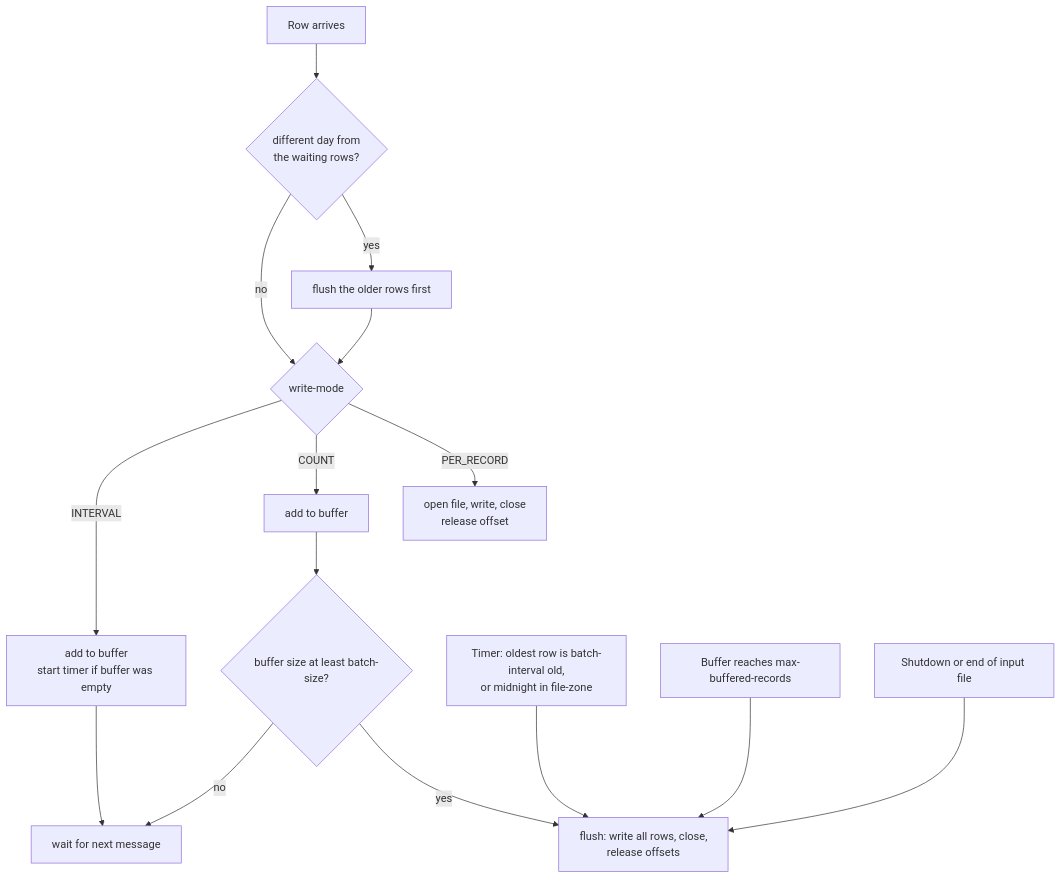
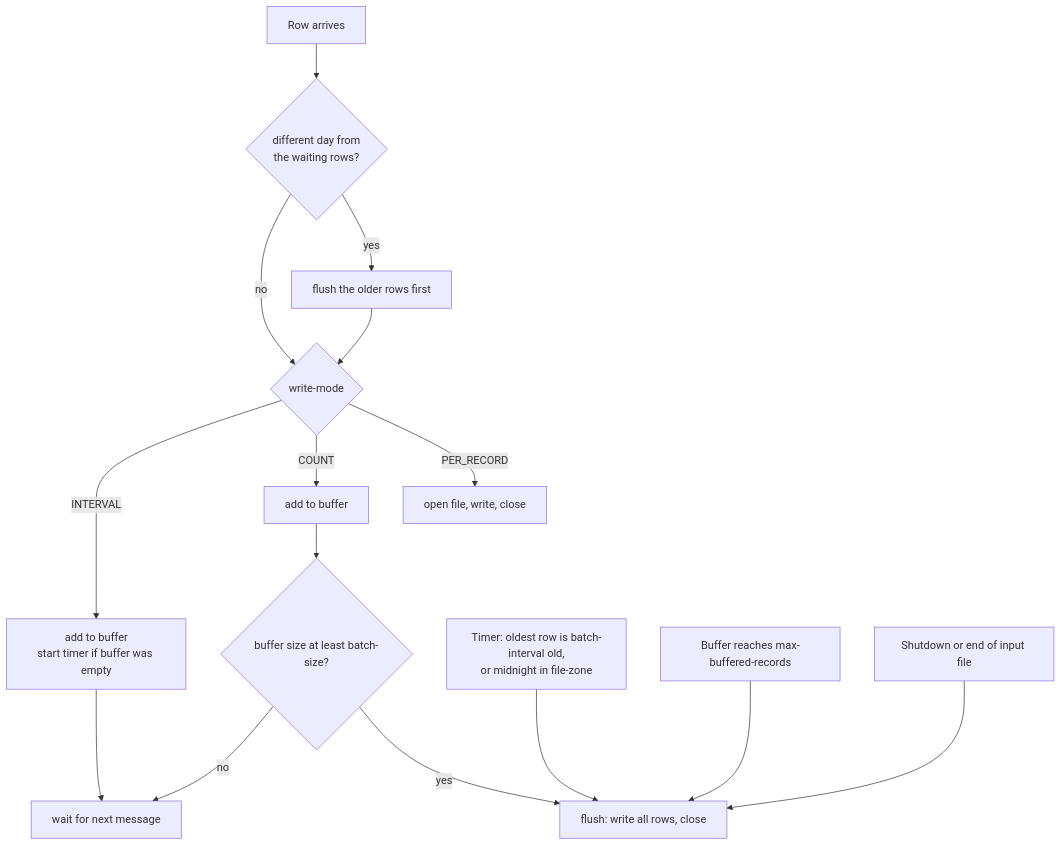
One commit to shanregs/msg-transformer changed diagram 14 of 15 in docs/c4-architecture.md. Above: the diagram before and after it, drawn with Mermaid. The commit also changed other lines of this file and 14 other files, not shown here.

````diff
--- a/docs/c4-architecture.md
+++ b/docs/c4-architecture.md
@@ -484,15 +451,15 @@
 ```mermaid
 flowchart TD
     A["Row arrives"] --> D0{"different day from<br/>the waiting rows?"}
     D0 -->|yes| H["flush the older rows first"] --> B
     D0 -->|no| B{"write-mode"}
-    B -->|PER_RECORD| C["open file, write, close<br/>release offset"]
+    B -->|PER_RECORD| C["open file, write, close"]
     B -->|COUNT| D["add to buffer"] --> E{"buffer size at least batch-size?"}
     B -->|INTERVAL| F["add to buffer<br/>start timer if buffer was empty"]
-    E -->|yes| W["flush: write all rows, close,<br/>release offsets"]
+    E -->|yes| W["flush: write all rows, close"]
     E -->|no| I["wait for next message"]
     F --> I
     T["Timer: oldest row is batch-interval old,<br/>or midnight in file-zone"] --> W
     M["Buffer reaches max-buffered-records"] --> W
     S["Shutdown or end of input file"] --> W
 ```
````
